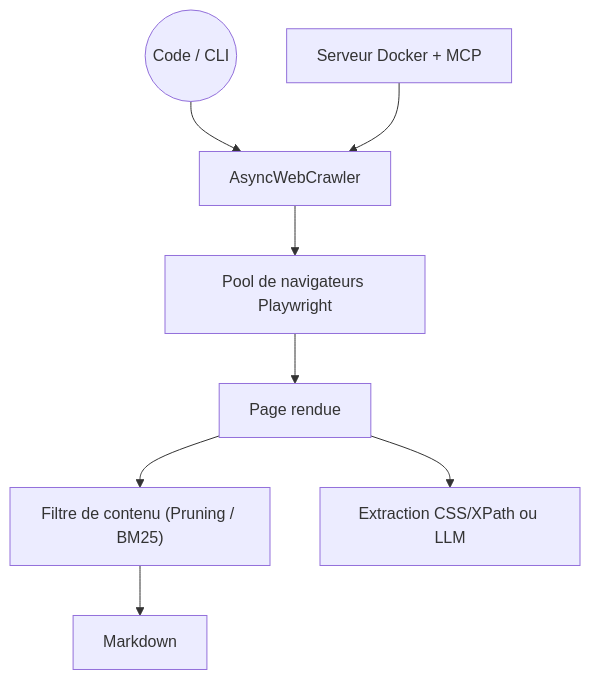
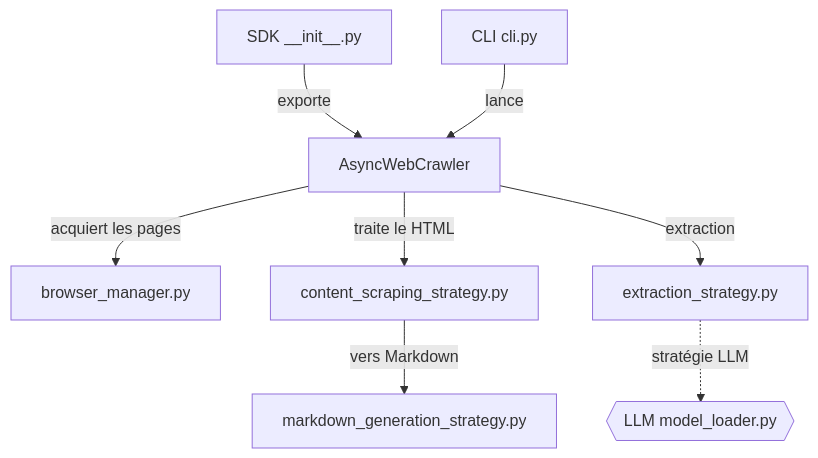
Before and after one commit to floSa/Veille-Repo: the diagram in veille/.data/fiches/unclecode__crawl4ai.md, drawn with Mermaid. The commit also changed other lines of this file and 1330 other files, not shown here.

First line of the commit message:
Mise à jour du catalogue : 7723 fiches, 7291 diagrammes

````diff
--- a/veille/.data/fiches/unclecode__crawl4ai.md
+++ b/veille/.data/fiches/unclecode__crawl4ai.md
@@ -31,10 +27,10 @@
 ```mermaid
 flowchart TD
-  code(("Code / CLI")) --> crawler["AsyncWebCrawler"]
-  crawler --> browser["Pool de navigateurs Playwright"]
-  browser --> page["Page rendue"]
-  page --> filter["Filtre de contenu (Pruning / BM25)"]
-  filter --> md["Markdown"]
-  page --> extract["Extraction CSS/XPath ou LLM"]
-  docker["Serveur Docker + MCP"] --> crawler
+  sdk["SDK __init__.py"] -->|"exporte"| crawler["AsyncWebCrawler"]
+  cli["CLI cli.py"] -->|"lance"| crawler
+  crawler -->|"acquiert les pages"| browser["browser_manager.py"]
+  crawler -->|"traite le HTML"| scrap["content_scraping_strategy.py"]
+  scrap -->|"vers Markdown"| md["markdown_generation_strategy.py"]
+  crawler -->|"extraction"| ext["extraction_strategy.py"]
+  ext -.->|"stratégie LLM"| llm{{"LLM model_loader.py"}}
 ```
````
